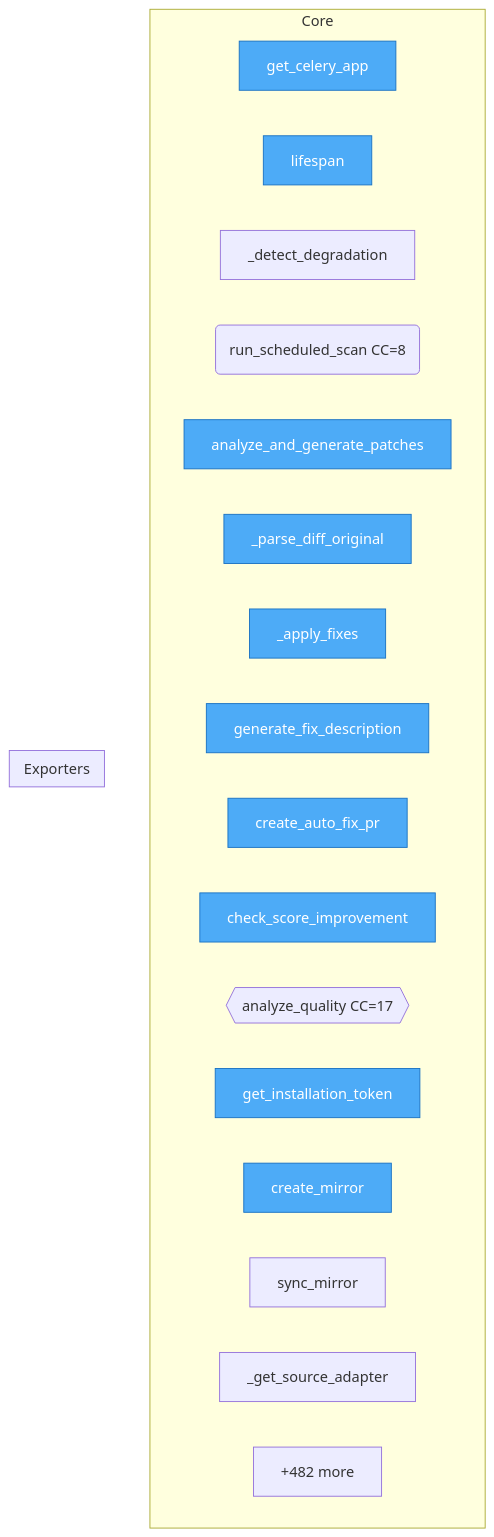
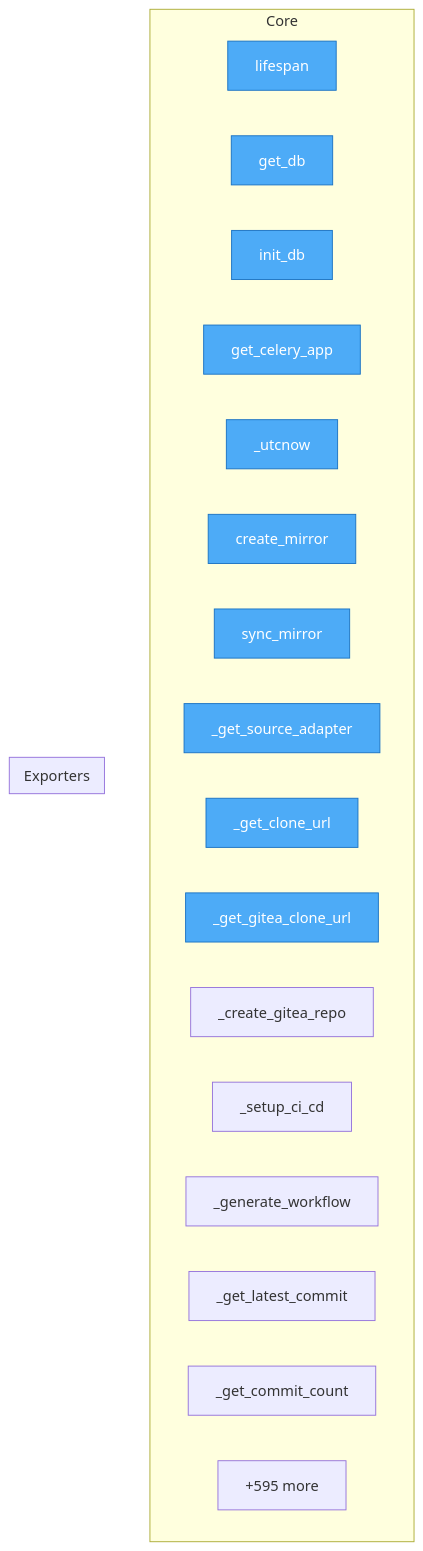
The diagram in project/flow.mmd (semcod/www), drawn with Mermaid before and after one commit. The commit also changed 84 other files, not shown here.

```diff
--- a/project/flow.mmd
+++ b/project/flow.mmd
@@ -1,28 +1,28 @@
 flowchart TD
 
     %% Entry points (blue)
     classDef entry fill:#4dabf7,stroke:#1971c2,color:#fff
 
     subgraph Core
+        backend__server__lifespan["lifespan"]
+        backend__db_session__get_db["get_db"]
+        backend__db_session__init_db["init_db"]
         backend__worker__get_celery_app["get_celery_app"]
-        backend__server__lifespan["lifespan"]
-        backend__scheduler__scan_job___detect_degradation["_detect_degradation"]
-        backend__scheduler__scan_job__run_scheduled_scan("run_scheduled_scan CC=8")
-        backend__services__autofix__PatchGenerator__analyze_and_generate_patches["analyze_and_generate_patches"]
-        backend__services__autofix__PatchGenerator___parse_diff_original["_parse_diff_original"]
-        backend__services__autofix__PatchGenerator___apply_fixes["_apply_fixes"]
-        backend__services__autofix__PatchGenerator__generate_fix_description["generate_fix_description"]
-        backend__services__autofix__AutoFixService__create_auto_fix_pr["create_auto_fix_pr"]
-        backend__services__autofix__AutoFixService__check_score_improvement["check_score_improvement"]
-        backend__services__analyzer__analyze_quality{{analyze_quality CC=17}}
-        backend__services__github_client__get_installation_token["get_installation_token"]
+        backend__db_models___utcnow["_utcnow"]
         backend__services__mirror__MirrorService__create_mirror["create_mirror"]
         backend__services__mirror__MirrorService__sync_mirror["sync_mirror"]
         backend__services__mirror__MirrorService___get_source_adapter["_get_source_adapter"]
-        ...["+482 more"]
+        backend__services__mirror__MirrorService___get_clone_url["_get_clone_url"]
+        backend__services__mirror__MirrorService___get_gitea_clone_url["_get_gitea_clone_url"]
+        backend__services__mirror__MirrorService___create_gitea_repo["_create_gitea_repo"]
+        backend__services__mirror__MirrorService___setup_ci_cd["_setup_ci_cd"]
+        backend__services__mirror__MirrorService___generate_workflow["_generate_workflow"]
+        backend__services__mirror__MirrorService___get_latest_commit["_get_latest_commit"]
+        backend__services__mirror__MirrorService___get_commit_count["_get_commit_count"]
+        ...["+595 more"]
     end
 
     subgraph Exporters
     end
 
-    class backend__worker__get_celery_app,backend__server__lifespan,backend__services__autofix__PatchGenerator__analyze_and_generate_patches,backend__services__autofix__PatchGenerator___parse_diff_original,backend__services__autofix__PatchGenerator___apply_fixes,backend__services__autofix__PatchGenerator__generate_fix_description,backend__services__autofix__AutoFixService__create_auto_fix_pr,backend__services__autofix__AutoFixService__check_score_improvement,backend__services__github_client__get_installation_token,backend__services__mirror__MirrorService__create_mirror entry
+    class backend__server__lifespan,backend__db_session__get_db,backend__db_session__init_db,backend__worker__get_celery_app,backend__db_models___utcnow,backend__services__mirror__MirrorService__create_mirror,backend__services__mirror__MirrorService__sync_mirror,backend__services__mirror__MirrorService___get_source_adapter,backend__services__mirror__MirrorService___get_clone_url,backend__services__mirror__MirrorService___get_gitea_clone_url entry
```
